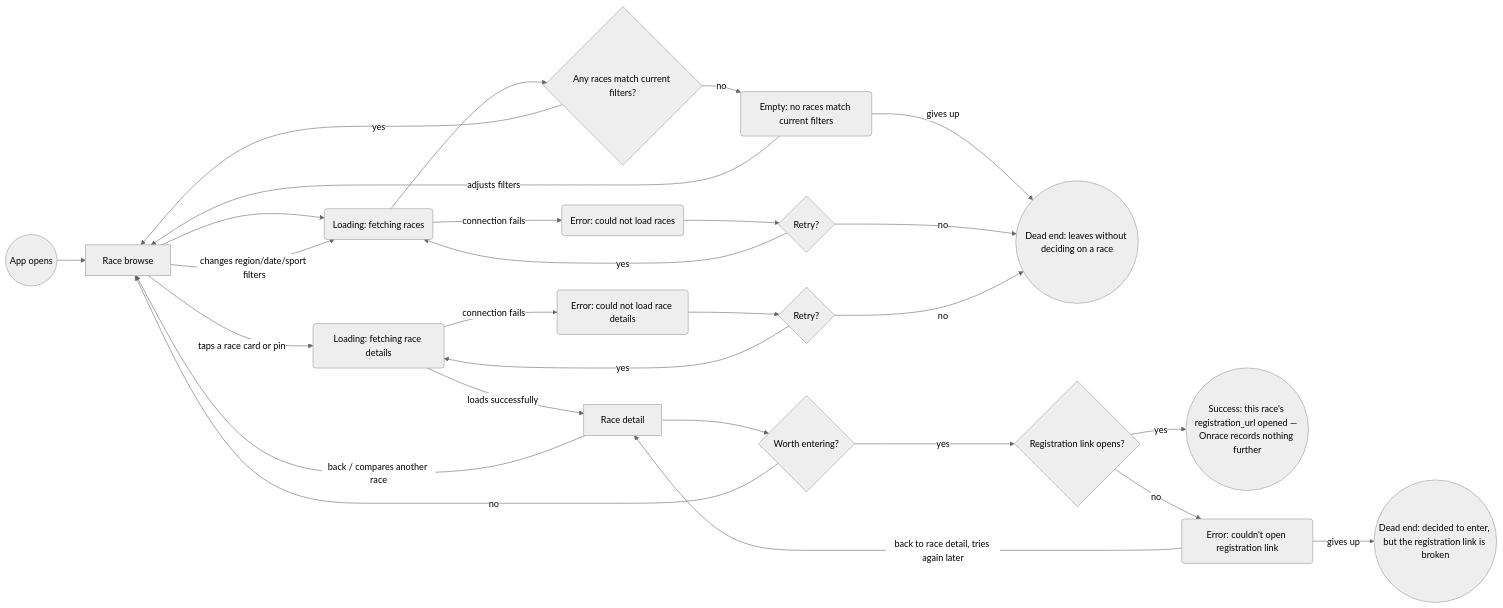
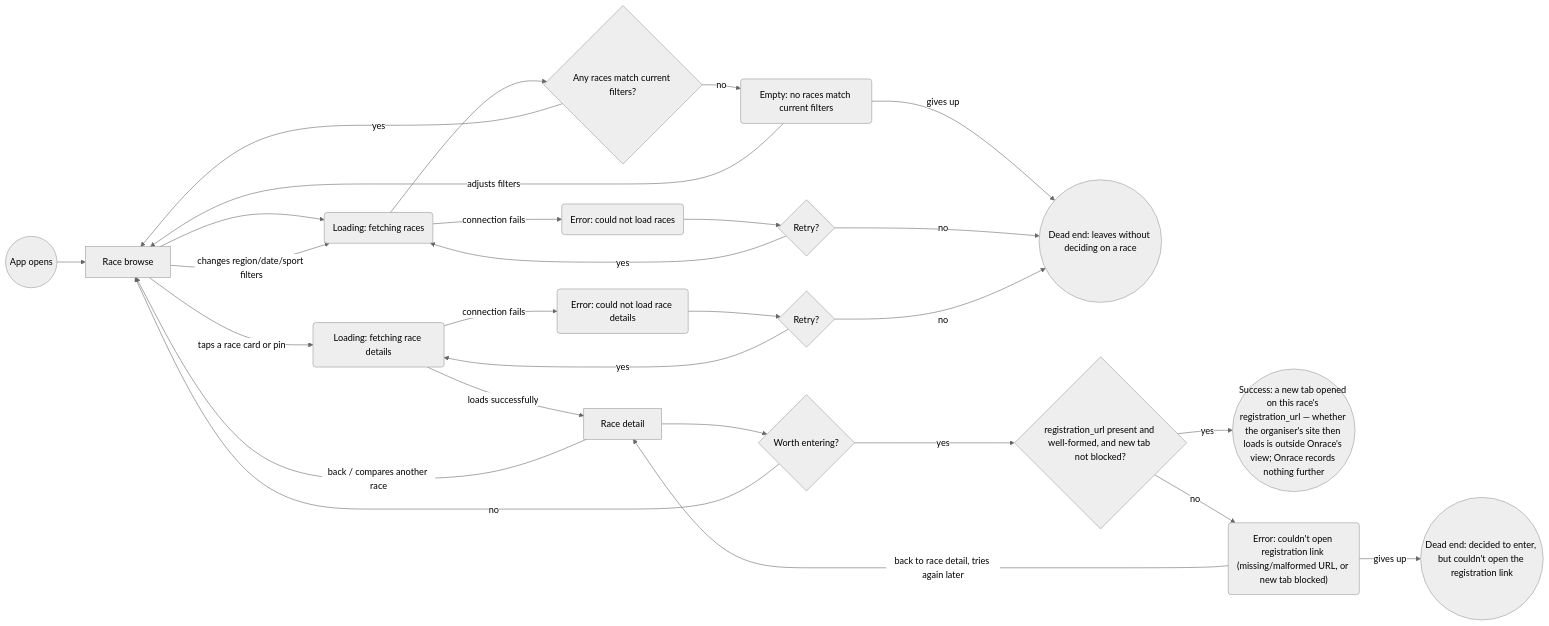
The first of 3 diagrams in flows.md (JuliaMakedonska/Onrace), drawn with Mermaid (neutral theme) before and after one commit. The commit also changed other lines of this file and 2 other files, not shown here.

First line of the commit message:
Reword Flow 1 registration-link check to what a browser can verify

````diff
--- a/flows.md
+++ b/flows.md
@@ -72,29 +82,29 @@
 ```mermaid
 flowchart LR
     Start(("App opens")) --> Browse["Race browse"]
     Browse --> Loading("Loading: fetching races")
     Loading --> HasResults{"Any races match current filters?"}
     HasResults -->|"no"| Empty("Empty: no races match current filters")
     Empty -->|"adjusts filters"| Browse
     Empty -->|"gives up"| DeadEnd1(("Dead end: leaves without deciding on a race"))
     HasResults -->|"yes"| Browse
     Loading -->|"connection fails"| FetchError("Error: could not load races")
     FetchError --> FetchRetry{"Retry?"}
     FetchRetry -->|"yes"| Loading
     FetchRetry -->|"no"| DeadEnd1
     Browse -->|"changes region/date/sport filters"| Loading
     Browse -->|"taps a race card or pin"| DetailLoading("Loading: fetching race details")
     DetailLoading -->|"loads successfully"| Detail["Race detail"]
     DetailLoading -->|"connection fails"| DetailError("Error: could not load race details")
     DetailError --> DetailRetry{"Retry?"}
     DetailRetry -->|"yes"| DetailLoading
     DetailRetry -->|"no"| DeadEnd1
     Detail -->|"back / compares another race"| Browse
     Detail --> WantsToEnter{"Worth entering?"}
-    WantsToEnter -->|"yes"| RegLinkCheck{"Registration link opens?"}
-    RegLinkCheck -->|"yes"| Success(("Success: this race's registration_url opened — Onrace records nothing further"))
-    RegLinkCheck -->|"no"| RegLinkError("Error: couldn't open registration link")
+    WantsToEnter -->|"yes"| RegLinkCheck{"registration_url present and well-formed, and new tab not blocked?"}
+    RegLinkCheck -->|"yes"| Success(("Success: a new tab opened on this race's registration_url — whether the organiser's site then loads is outside Onrace's view; Onrace records nothing further"))
+    RegLinkCheck -->|"no"| RegLinkError("Error: couldn't open registration link (missing/malformed URL, or new tab blocked)")
     RegLinkError -->|"back to race detail, tries again later"| Detail
-    RegLinkError -->|"gives up"| DeadEnd6(("Dead end: decided to enter, but the registration link is broken"))
+    RegLinkError -->|"gives up"| DeadEnd6(("Dead end: decided to enter, but couldn't open the registration link"))
     WantsToEnter -->|"no"| Browse
 ```
````
